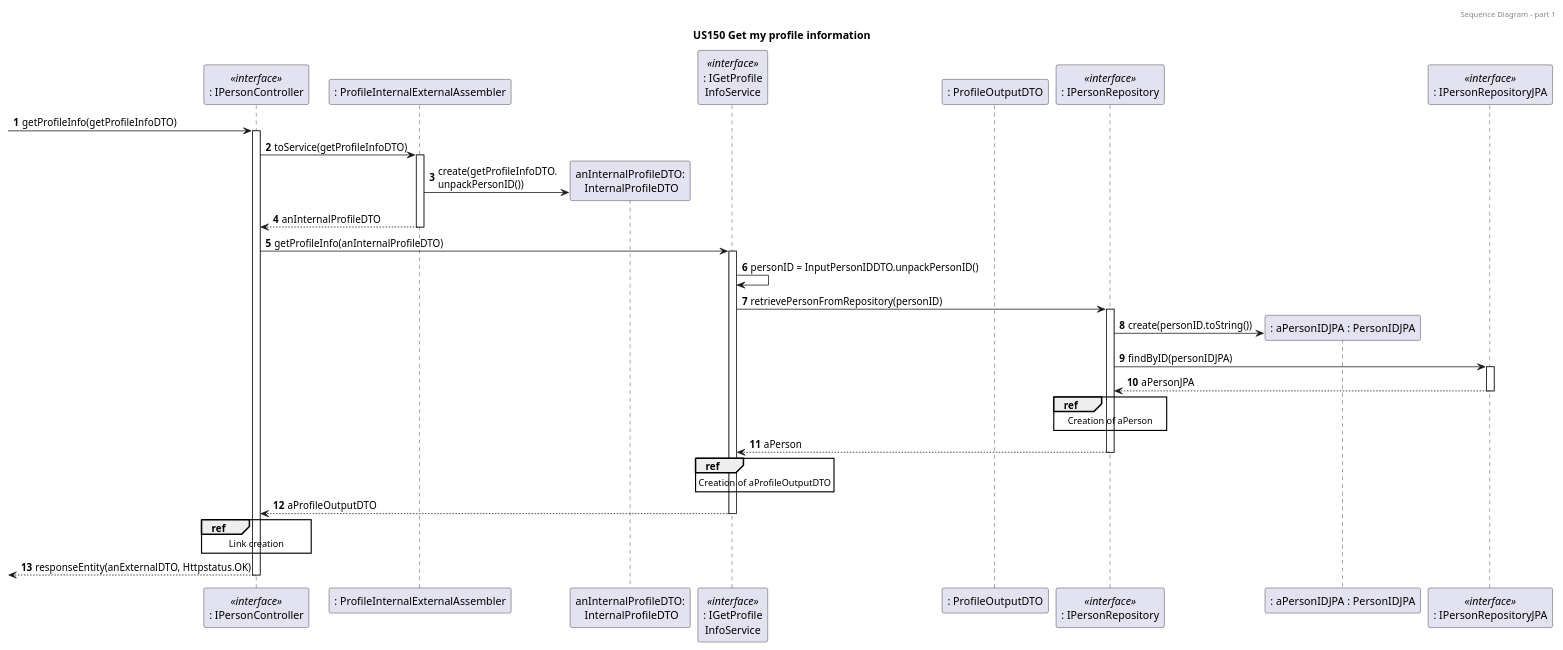
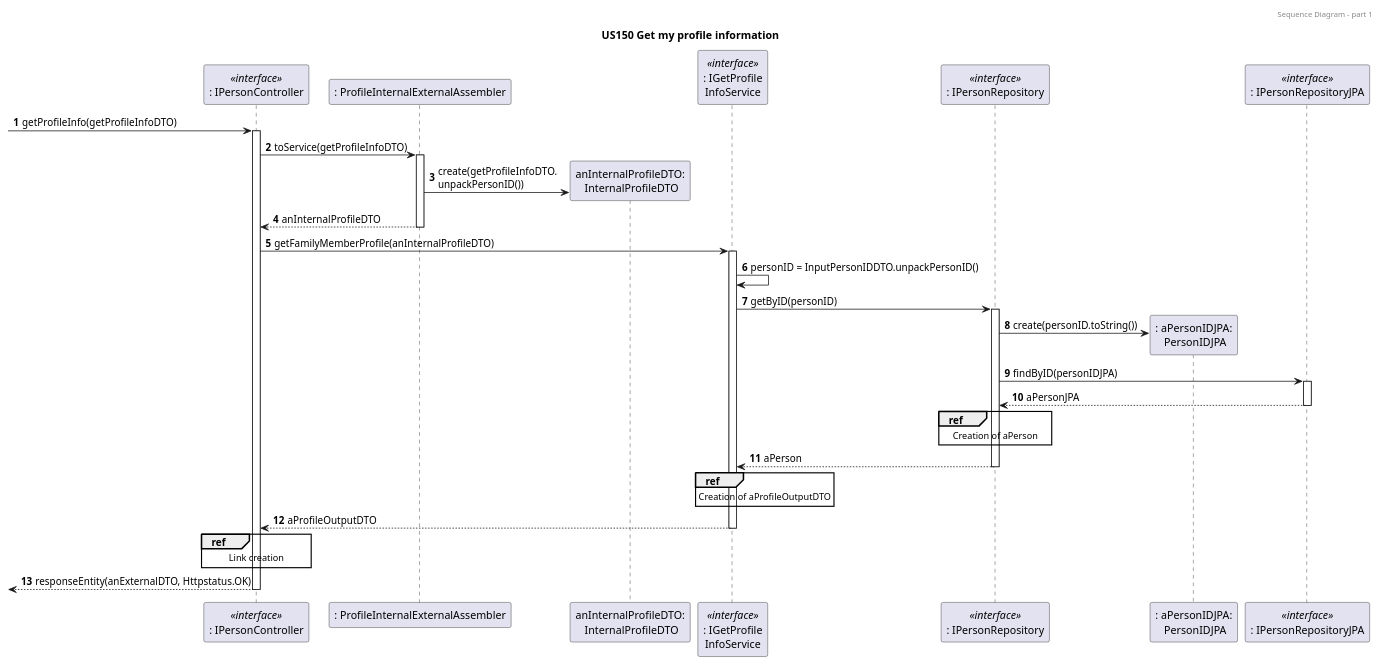
One commit to tomas-osswald/switch_2020_g3 changed the fourth of 6 diagrams in docs/sprint5/user_stories/US150_GetFamilyMemberProfile.md. Above: the diagram before and after it, drawn with PlantUML. The commit also changed other lines of this file, not shown here.

Commit message:
added assembler to ProfileOutputDTO creation sd us150

`````diff
--- a/docs/sprint5/user_stories/US150_GetFamilyMemberProfile.md
+++ b/docs/sprint5/user_stories/US150_GetFamilyMemberProfile.md
@@ -235,53 +235,52 @@
 ````puml
 @startuml
 
 autonumber
 header Sequence Diagram - part 1
 title US150 Get my profile information
 
 
 participant ": IPersonController" as controller <<interface>>
 participant ": ProfileInternalExternalAssembler" as assembler
 participant "anInternalProfileDTO:\n InternalProfileDTO" as internalDTO
 participant ": IGetProfile\nInfoService" as service <<interface>>
-participant ": ProfileOutputDTO" as outputDTO
 participant ": IPersonRepository" as repository <<interface>>
-participant ": aPersonIDJPA : PersonIDJPA" as personIDJPA
+participant ": aPersonIDJPA:\n PersonIDJPA" as personIDJPA
 participant ": IPersonRepositoryJPA" as repoJPA <<interface>>
 
 -> controller : getProfileInfo(getProfileInfoDTO)
 activate controller
 controller -> assembler : toService(getProfileInfoDTO)
 activate assembler
 assembler -> internalDTO** : create(getProfileInfoDTO.\nunpackPersonID())
 return anInternalProfileDTO
-controller -> service : getProfileInfo(anInternalProfileDTO)
+controller -> service : getFamilyMemberProfile(anInternalProfileDTO)
 activate service
 
 service -> service : personID = InputPersonIDDTO.unpackPersonID()
-service -> repository : retrievePersonFromRepository(personID)
+service -> repository : getByID(personID)
 activate repository
 repository -> personIDJPA** : create(personID.toString())
 repository -> repoJPA : findByID(personIDJPA)
 activate repoJPA 
 return aPersonJPA
 
 ref over repository 
 Creation of aPerson
 end
 return aPerson
 
 ref over service
 Creation of aProfileOutputDTO
 end 
 return aProfileOutputDTO
 
 ref over controller
 Link creation
 end
 
 <-- controller : responseEntity(anExternalDTO, Httpstatus.OK)
 deactivate controller
 
 @enduml
 ````
`````
